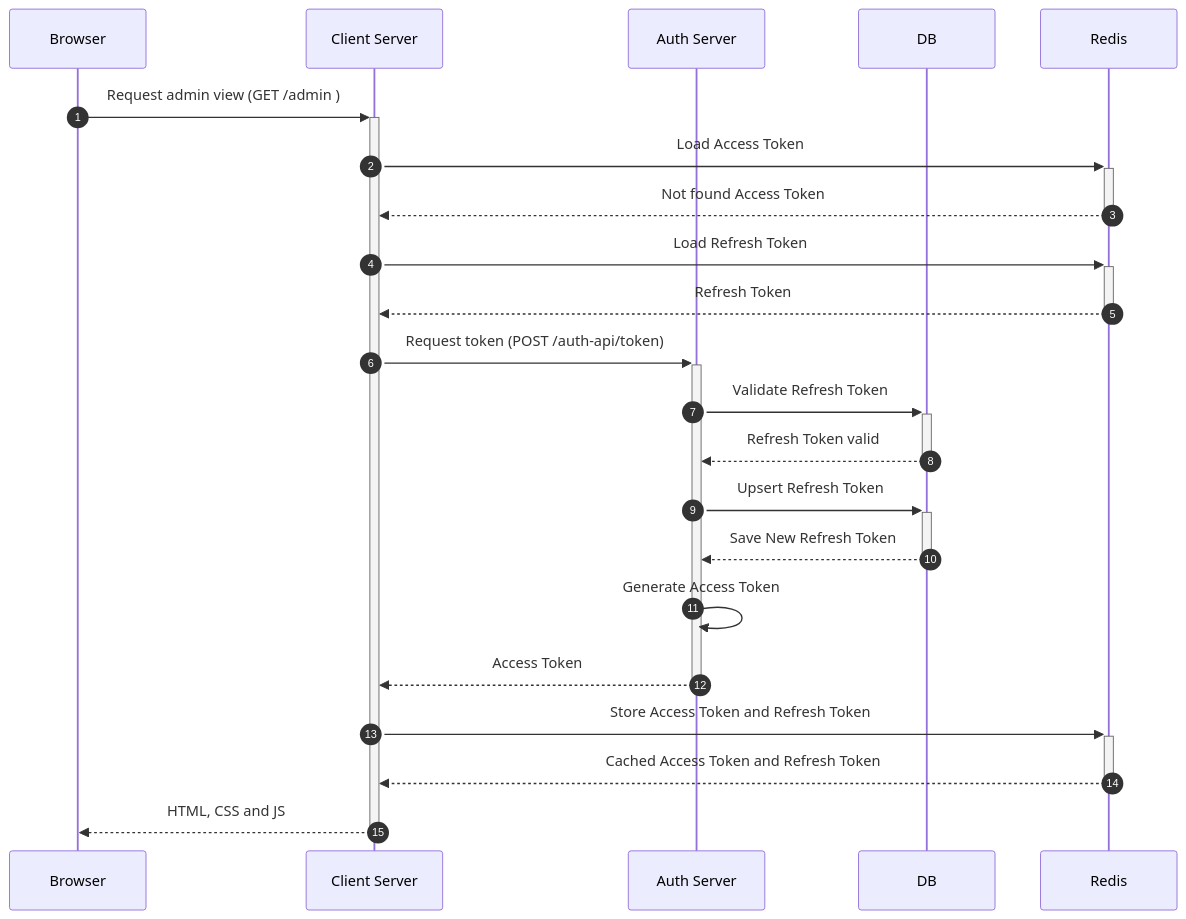
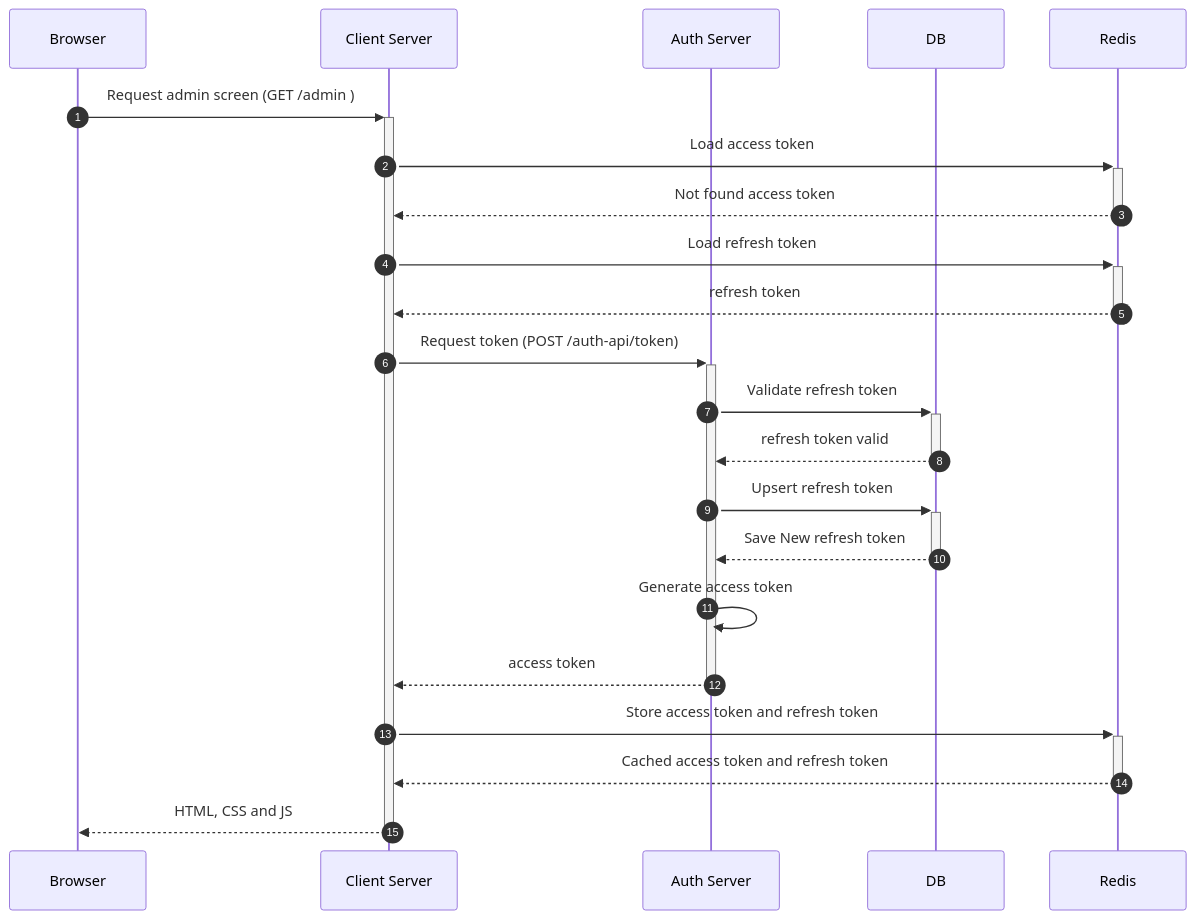
One commit to u104rak1/lgtmeme changed the diagram in document/refresh_token_grant_flow.md. Above: the diagram before and after it, drawn with Mermaid. The commit also changed other lines of this file and 10 other files, not shown here.

````diff
--- a/document/refresh_token_grant_flow.md
+++ b/document/refresh_token_grant_flow.md
@@ -3,25 +3,25 @@
 ```mermaid
 sequenceDiagram
   participant browser as Browser
   participant client_server as Client Server
   participant auth_server as Auth Server
   participant db as DB
   participant Redis as Redis
 
   autonumber
-  browser->>+client_server: Request admin view (GET /admin )
-  client_server->>+Redis: Load Access Token
-  Redis-->>-client_server: Not found Access Token
-  client_server->>+Redis: Load Refresh Token
-  Redis-->>-client_server: Refresh Token
+  browser->>+client_server: Request admin screen (GET /admin )
+  client_server->>+Redis: Load access token
+  Redis-->>-client_server: Not found access token
+  client_server->>+Redis: Load refresh token
+  Redis-->>-client_server: refresh token
   client_server->>+auth_server: Request token (POST /auth-api/token)
-  auth_server->>+db: Validate Refresh Token
-  db-->>-auth_server: Refresh Token valid
-  auth_server->>+db: Upsert Refresh Token
-  db-->>-auth_server: Save New Refresh Token
-  auth_server->>auth_server: Generate Access Token
-  auth_server-->>-client_server: Access Token
-  client_server->>+Redis: Store Access Token and Refresh Token
-  Redis-->>-client_server: Cached Access Token and Refresh Token
+  auth_server->>+db: Validate refresh token
+  db-->>-auth_server: refresh token valid
+  auth_server->>+db: Upsert refresh token
+  db-->>-auth_server: Save New refresh token
+  auth_server->>auth_server: Generate access token
+  auth_server-->>-client_server: access token
+  client_server->>+Redis: Store access token and refresh token
+  Redis-->>-client_server: Cached access token and refresh token
   client_server-->>-browser: HTML, CSS and JS
 ```
````
